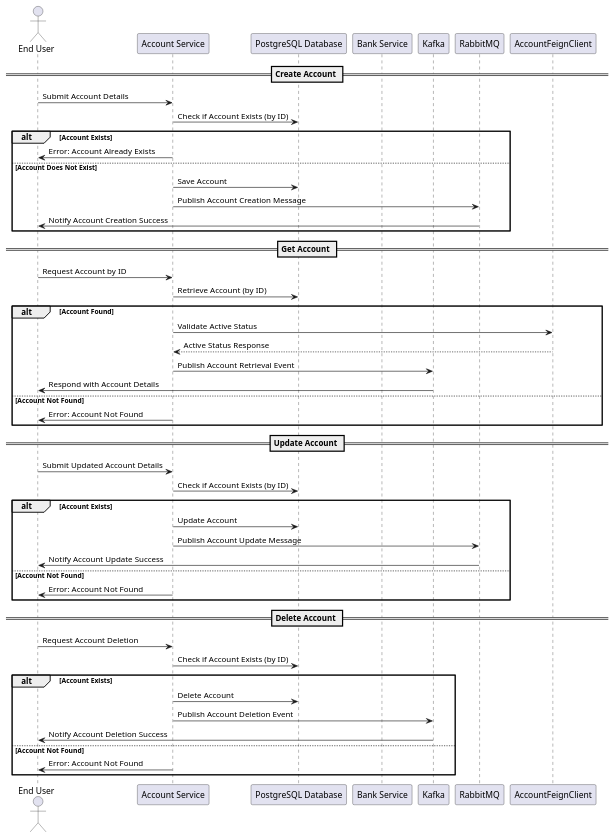
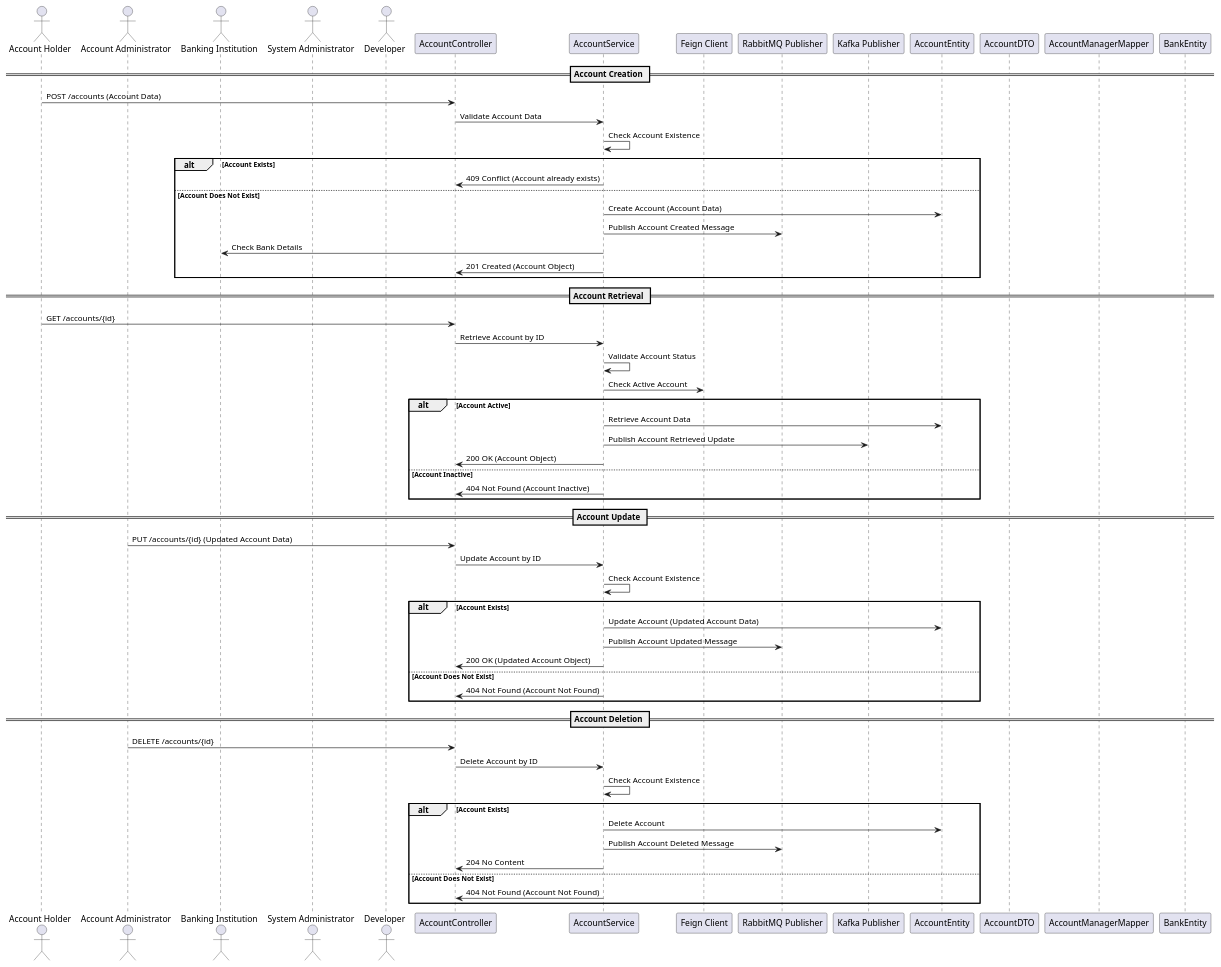
One commit to Bhaskar-Pavan/AccountService changed the diagram in design_document/AccountService.md. Above: the diagram before and after it, drawn with PlantUML. The commit also changed other lines of this file, not shown here.

````diff
--- a/design_document/AccountService.md
+++ b/design_document/AccountService.md
@@ -28,57 +34,70 @@
 ```plantuml
 @startuml
-actor "End User" as User
-participant "Account Service" as AccountService
-participant "PostgreSQL Database" as PostgreSQL
-participant "Bank Service" as BankService
-participant "Kafka" as Kafka
-participant "RabbitMQ" as RabbitMQ
-participant "AccountFeignClient" as FeignClient
+actor "Account Holder" as AH
+actor "Account Administrator" as AA
+actor "Banking Institution" as BI
+actor "System Administrator" as SA
+actor "Developer" as D
 
-== Create Account ==
-User -> AccountService : Submit Account Details
-AccountService -> PostgreSQL : Check if Account Exists (by ID)
+participant "AccountController" as AC
+participant "AccountService" as AS
+participant "Feign Client" as FC
+participant "RabbitMQ Publisher" as RMP
+participant "Kafka Publisher" as KP
+participant "AccountEntity" as AE
+participant "AccountDTO" as AD
+participant "AccountManagerMapper" as AMM
+participant "BankEntity" as BE
+
+== Account Creation ==
+AH -> AC : POST /accounts (Account Data)
+AC -> AS : Validate Account Data
+AS -> AS : Check Account Existence
 alt Account Exists
-    AccountService -> User : Error: Account Already Exists
+    AS -> AC : 409 Conflict (Account already exists)
 else Account Does Not Exist
-    AccountService -> PostgreSQL : Save Account
-    AccountService -> RabbitMQ : Publish Account Creation Message
-    RabbitMQ -> User : Notify Account Creation Success
+    AS -> AE : Create Account (Account Data)
+    AS -> RMP : Publish Account Created Message
+    AS -> BI : Check Bank Details
+    AS -> AC : 201 Created (Account Object)
 end
 
-== Get Account ==
-User -> AccountService : Request Account by ID
-AccountService -> PostgreSQL : Retrieve Account (by ID)
-alt Account Found
-    AccountService -> FeignClient : Validate Active Status
-    FeignClient --> AccountService : Active Status Response
-    AccountService -> Kafka : Publish Account Retrieval Event
-    Kafka -> User : Respond with Account Details
-else Account Not Found
-    AccountService -> User : Error: Account Not Found
+== Account Retrieval ==
+AH -> AC : GET /accounts/{id}
+AC -> AS : Retrieve Account by ID
+AS -> AS : Validate Account Status
+AS -> FC : Check Active Account
+alt Account Active
+    AS -> AE : Retrieve Account Data
+    AS -> KP : Publish Account Retrieved Update
+    AS -> AC : 200 OK (Account Object)
+else Account Inactive
+    AS -> AC : 404 Not Found (Account Inactive)
 end
 
-== Update Account ==
-User -> AccountService : Submit Updated Account Details
-AccountService -> PostgreSQL : Check if Account Exists (by ID)
+== Account Update ==
+AA -> AC : PUT /accounts/{id} (Updated Account Data)
+AC -> AS : Update Account by ID
+AS -> AS : Check Account Existence
 alt Account Exists
-    AccountService -> PostgreSQL : Update Account
-    AccountService -> RabbitMQ : Publish Account Update Message
-    RabbitMQ -> User : Notify Account Update Success
-else Account Not Found
-    AccountService -> User : Error: Account Not Found
+    AS -> AE : Update Account (Updated Account Data)
+    AS -> RMP : Publish Account Updated Message
+    AS -> AC : 200 OK (Updated Account Object)
+else Account Does Not Exist
+    AS -> AC : 404 Not Found (Account Not Found)
 end
 
-== Delete Account ==
-User -> AccountService : Request Account Deletion
-AccountService -> PostgreSQL : Check if Account Exists (by ID)
+== Account Deletion ==
+AA -> AC : DELETE /accounts/{id}
+AC -> AS : Delete Account by ID
+AS -> AS : Check Account Existence
 alt Account Exists
-    AccountService -> PostgreSQL : Delete Account
-    AccountService -> Kafka : Publish Account Deletion Event
-    Kafka -> User : Notify Account Deletion Success
-else Account Not Found
-    AccountService -> User : Error: Account Not Found
+    AS -> AE : Delete Account
+    AS -> RMP : Publish Account Deleted Message
+    AS -> AC : 204 No Content
+else Account Does Not Exist
+    AS -> AC : 404 Not Found (Account Not Found)
 end
 
 @enduml
 ```
````
